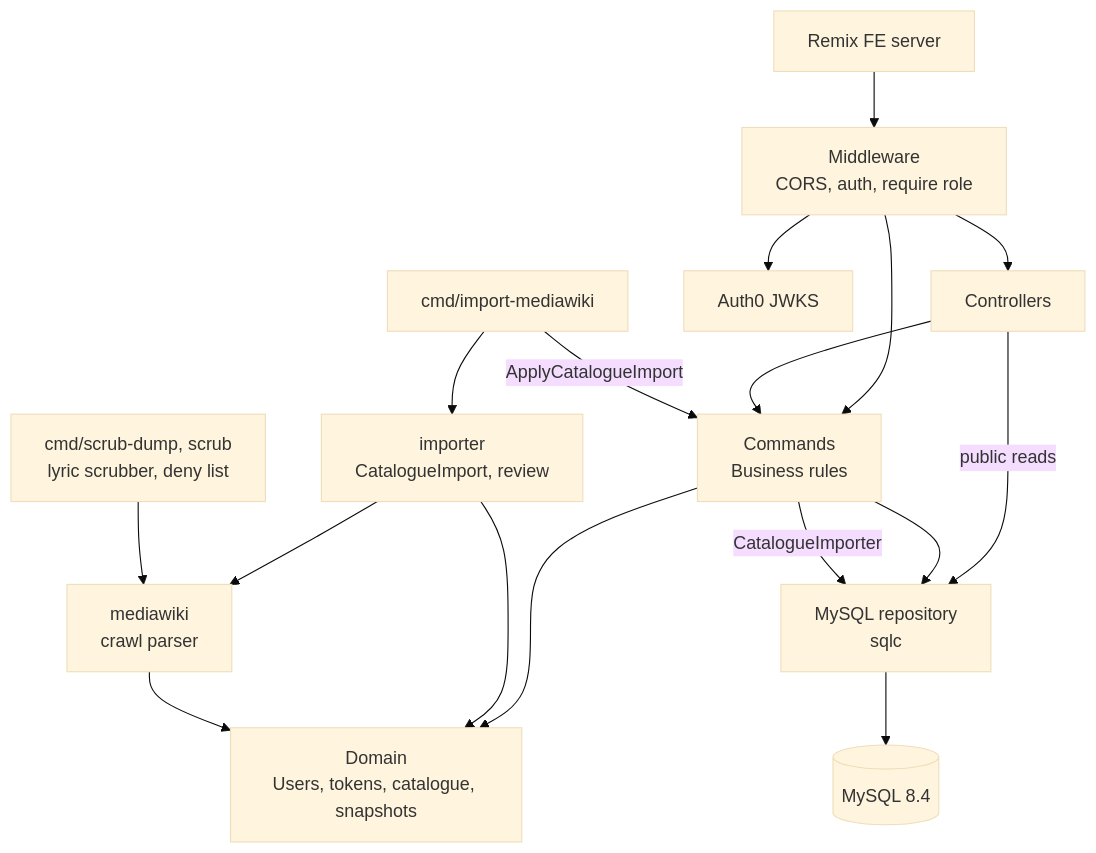
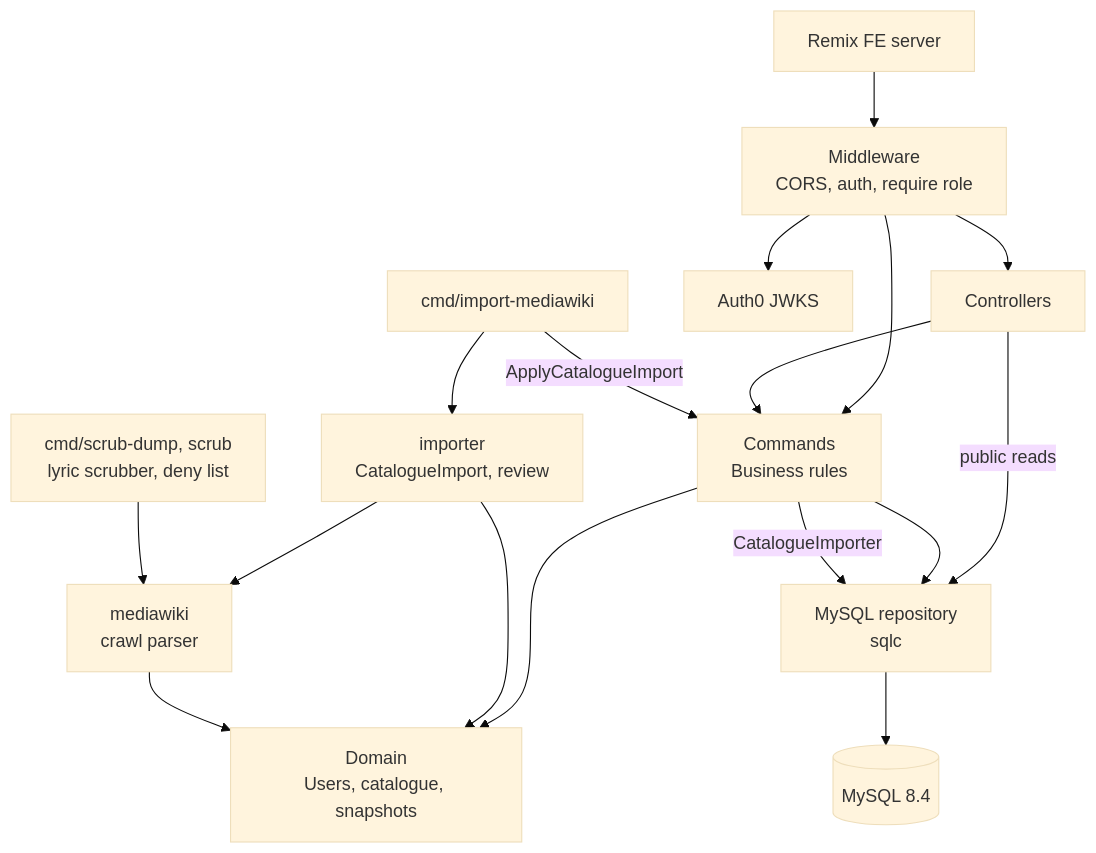
The diagram in README.md (jbeshir/bardic-torch), drawn with Mermaid (base theme) before and after one commit. The commit also changed other lines of this file and 35 other files, not shown here.

````diff
--- a/README.md
+++ b/README.md
@@ -56,32 +52,32 @@
 ```mermaid
 graph TD
     FE[Remix FE server]
     MW[Middleware<br/>CORS, auth, require role]
     CTRL[Controllers]
     CMD[Commands<br/>Business rules]
-    DOM[Domain<br/>Users, tokens, catalogue, snapshots]
+    DOM[Domain<br/>Users, catalogue, snapshots]
     REPO[MySQL repository<br/>sqlc]
     DB[(MySQL 8.4)]
     AUTH0[Auth0 JWKS]
     IMPCMD[cmd/import-mediawiki]
     MWIKI[mediawiki<br/>crawl parser]
     IMPORTER[importer<br/>CatalogueImport, review]
     SCRUB[cmd/scrub-dump, scrub<br/>lyric scrubber, deny list]
 
     FE --> MW
     MW --> AUTH0
     MW --> CMD
     MW --> CTRL
     CTRL --> CMD
     CTRL -->|public reads| REPO
     CMD --> DOM
     CMD --> REPO
     REPO --> DB
     IMPCMD --> IMPORTER
     IMPORTER --> MWIKI
     IMPORTER --> DOM
     MWIKI --> DOM
     SCRUB --> MWIKI
     IMPCMD -->|ApplyCatalogueImport| CMD
     CMD -->|CatalogueImporter| REPO
 ```
````
